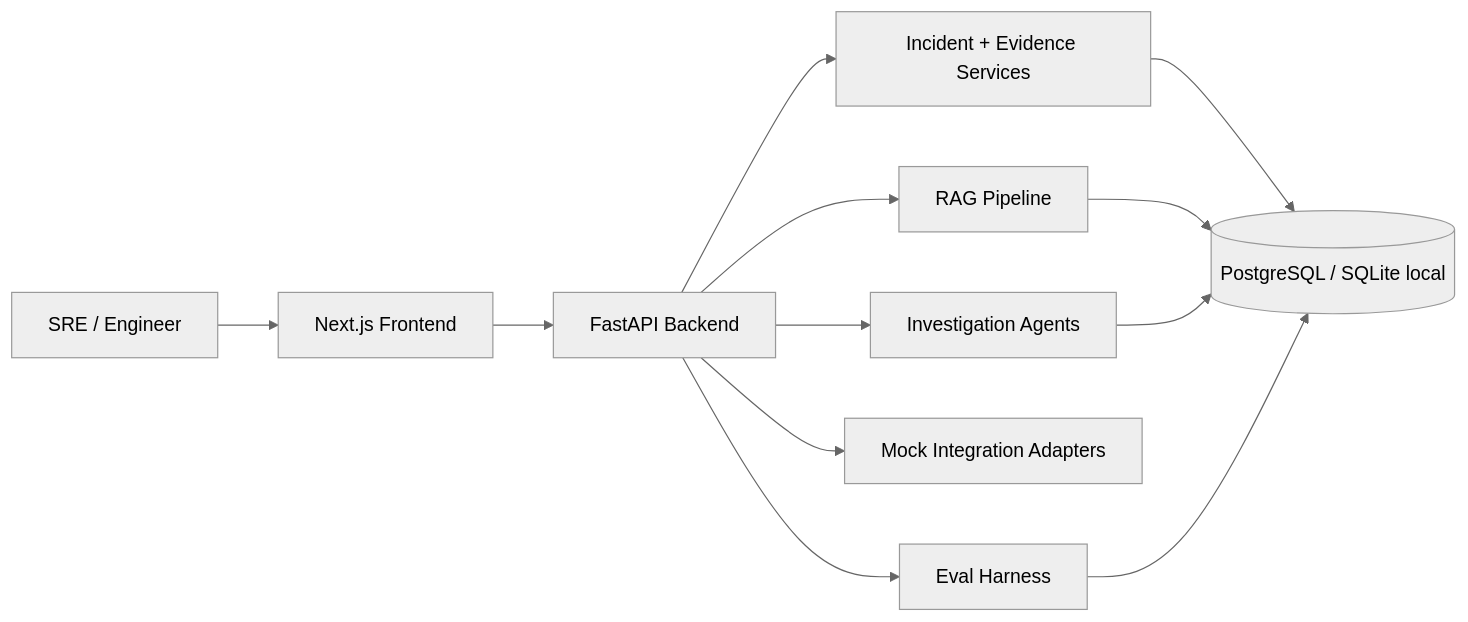
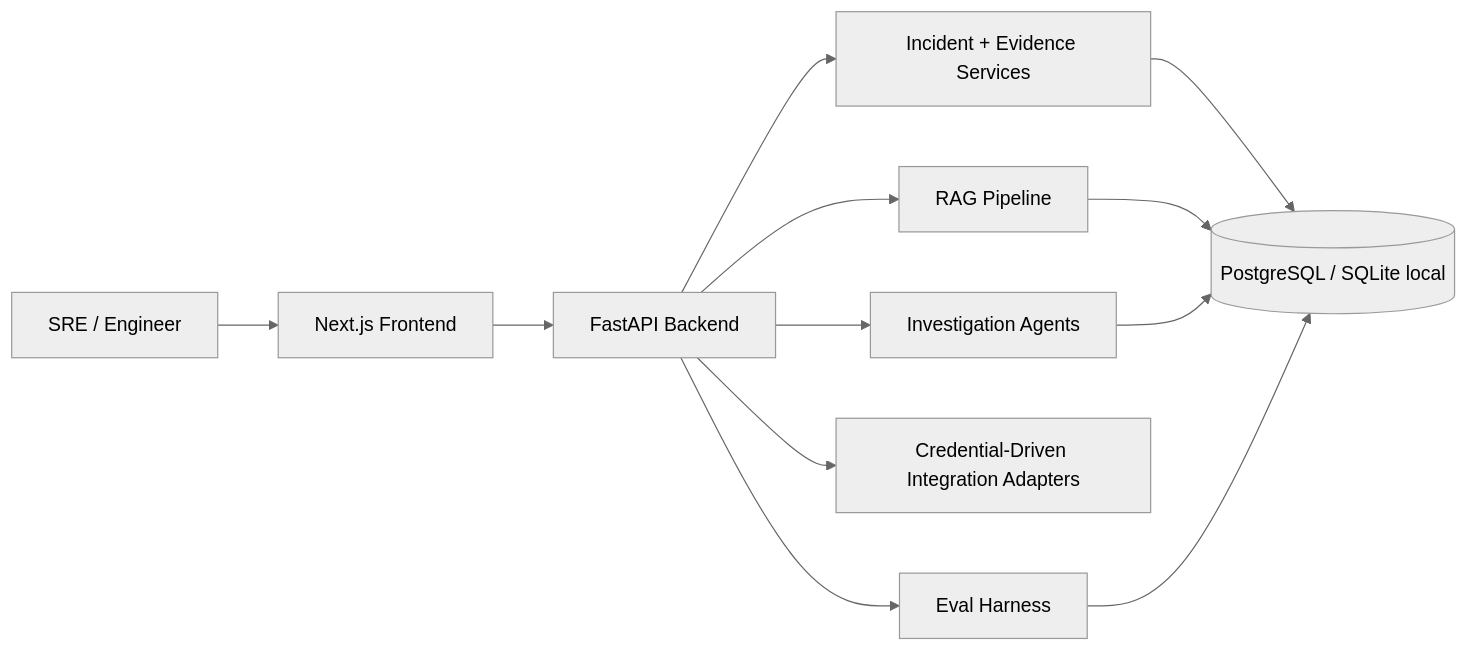
The diagram in docs/architecture.md (InsaneCoder789/IncidentLens), drawn with Mermaid (neutral theme) before and after one commit. The commit also changed other lines of this file and 59 other files, not shown here.

````diff
--- a/docs/architecture.md
+++ b/docs/architecture.md
@@ -11,14 +11,14 @@
 ```mermaid
 flowchart LR
   USER["SRE / Engineer"] --> WEB["Next.js Frontend"]
   WEB --> API["FastAPI Backend"]
   API --> INCIDENTS["Incident + Evidence Services"]
   API --> RAG["RAG Pipeline"]
   API --> AGENTS["Investigation Agents"]
-  API --> INTEGRATIONS["Mock Integration Adapters"]
+  API --> INTEGRATIONS["Credential-Driven Integration Adapters"]
   API --> EVALS["Eval Harness"]
   INCIDENTS --> DB[("PostgreSQL / SQLite local")]
   RAG --> DB
   AGENTS --> DB
   EVALS --> DB
 ```
````
